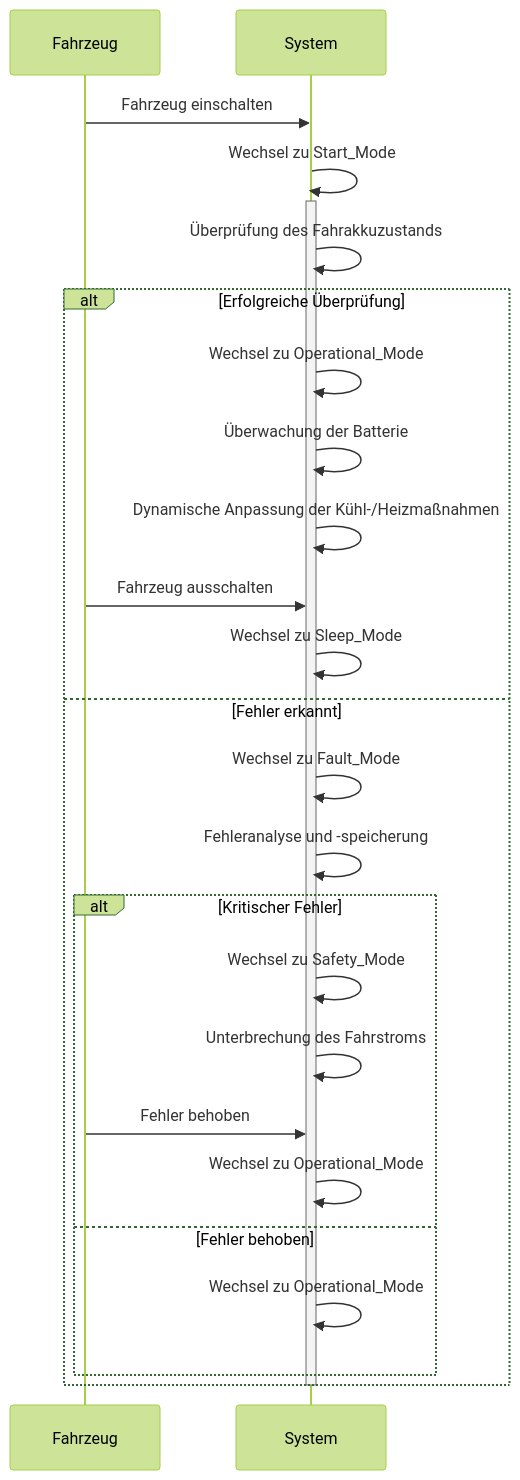
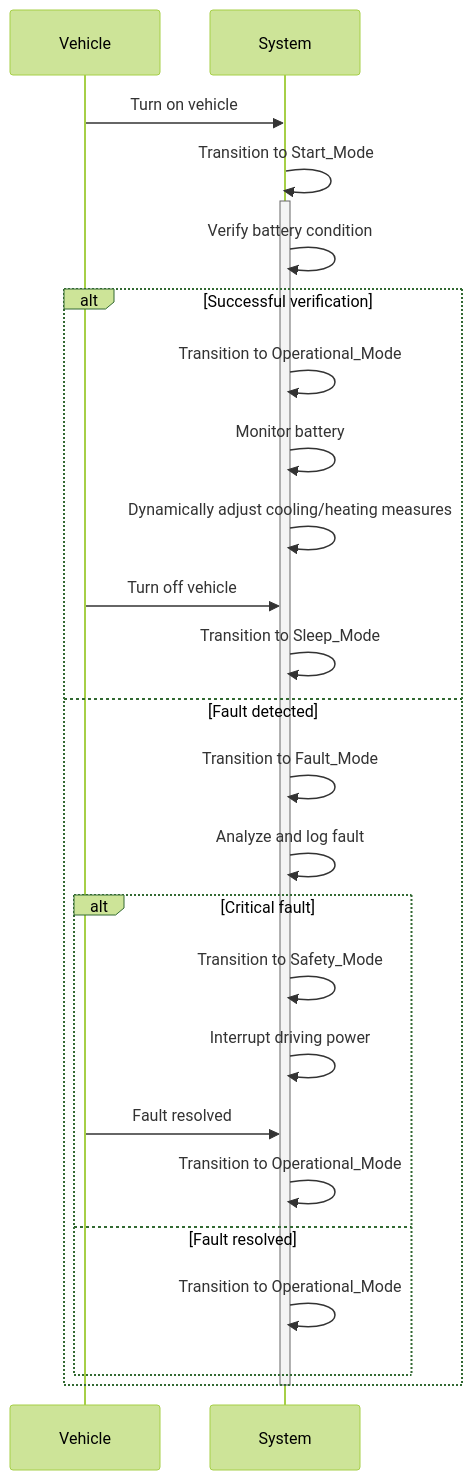
Before and after one commit to CagriCatik/Battery-Systems-Technology: the second of 2 diagrams in docs/src/system_and_algorithms/state_machine.md, drawn with Mermaid (forest theme). The commit also changed other lines of this file and 733 other files, not shown here.

````diff
--- a/docs/src/system_and_algorithms/state_machine.md
+++ b/docs/src/system_and_algorithms/state_machine.md
@@ -49,30 +39,29 @@
 ```mermaid
 sequenceDiagram
-    participant Fahrzeug
+    participant Vehicle
     participant System
 
-    Fahrzeug->>System: Fahrzeug einschalten
-    System->>System: Wechsel zu Start_Mode
+    Vehicle->>System: Turn on vehicle
+    System->>System: Transition to Start_Mode
     activate System
-    System->>System: Überprüfung des Fahrakkuzustands
-    alt Erfolgreiche Überprüfung
-        System->>System: Wechsel zu Operational_Mode
-        System->>System: Überwachung der Batterie
-        System->>System: Dynamische Anpassung der Kühl-/Heizmaßnahmen
-        Fahrzeug->>System: Fahrzeug ausschalten
-        System->>System: Wechsel zu Sleep_Mode
-    else Fehler erkannt
-        System->>System: Wechsel zu Fault_Mode
-        System->>System: Fehleranalyse und -speicherung
-        alt Kritischer Fehler
-            System->>System: Wechsel zu Safety_Mode
-            System->>System: Unterbrechung des Fahrstroms
-            Fahrzeug->>System: Fehler behoben
-            System->>System: Wechsel zu Operational_Mode
-        else Fehler behoben
-            System->>System: Wechsel zu Operational_Mode
+    System->>System: Verify battery condition
+    alt Successful verification
+        System->>System: Transition to Operational_Mode
+        System->>System: Monitor battery
+        System->>System: Dynamically adjust cooling/heating measures
+        Vehicle->>System: Turn off vehicle
+        System->>System: Transition to Sleep_Mode
+    else Fault detected
+        System->>System: Transition to Fault_Mode
+        System->>System: Analyze and log fault
+        alt Critical fault
+            System->>System: Transition to Safety_Mode
+            System->>System: Interrupt driving power
+            Vehicle->>System: Fault resolved
+            System->>System: Transition to Operational_Mode
+        else Fault resolved
+            System->>System: Transition to Operational_Mode
         end
     end
     deactivate System
-
 ```
````
